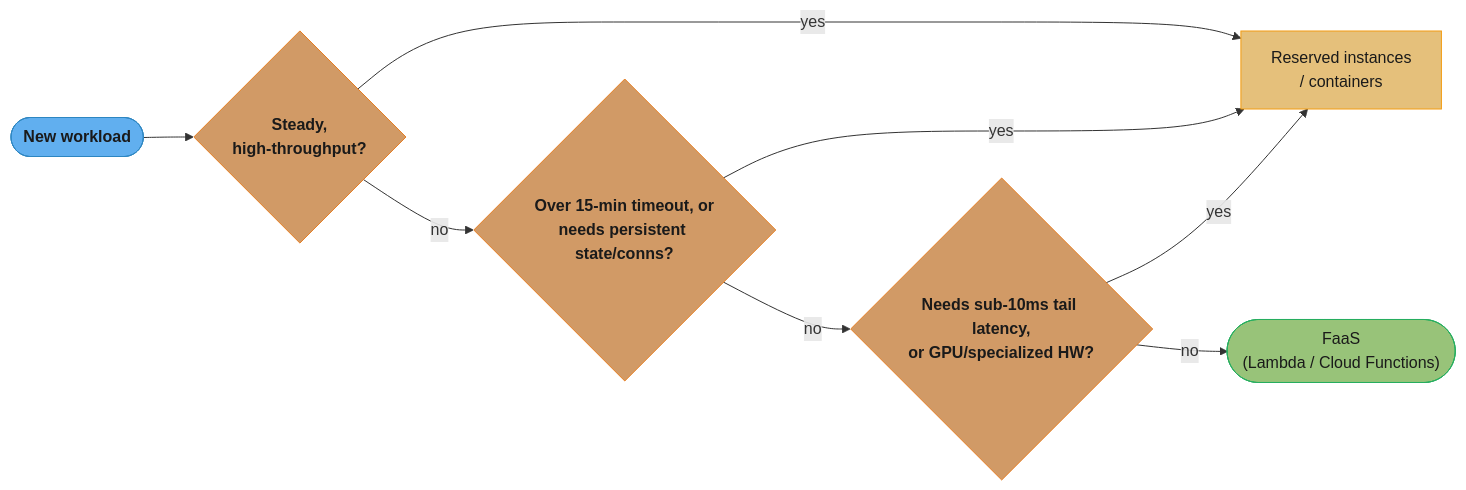
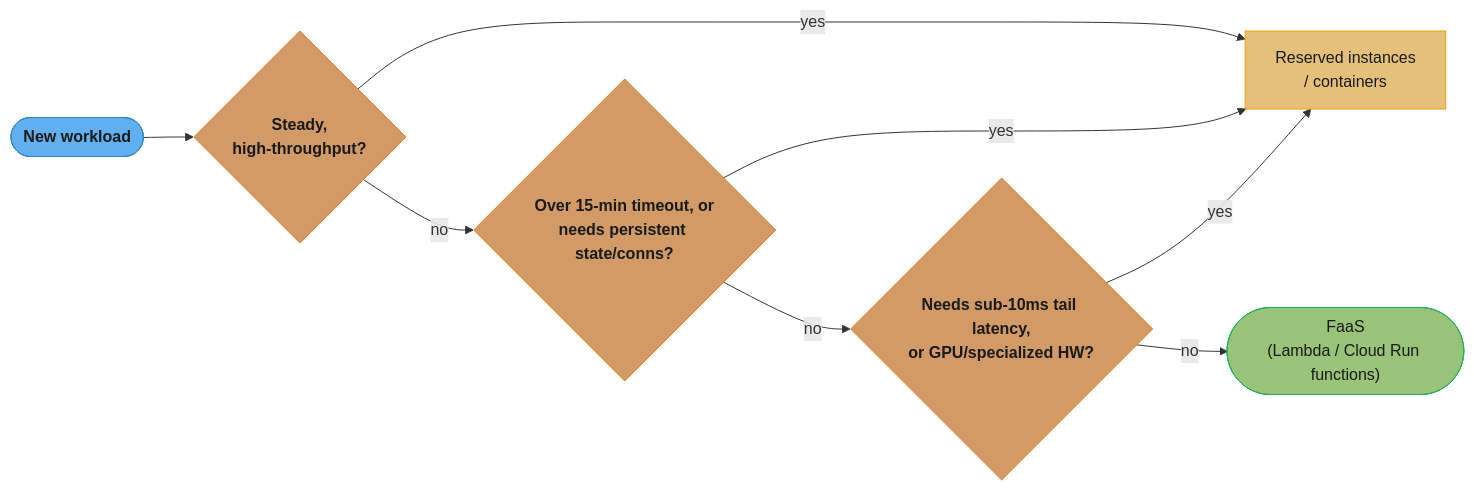
Before and after one commit to rppol/system-design: the fourth of 5 diagrams in src/main/java/com/rutik/systemdesign/devops/serverless_and_faas/serverless_and_faas.md, drawn with Mermaid. The commit also changed other lines of this file and 32 other files, not shown here.

````diff
--- a/src/main/java/com/rutik/systemdesign/devops/serverless_and_faas/serverless_and_faas.md
+++ b/src/main/java/com/rutik/systemdesign/devops/serverless_and_faas/serverless_and_faas.md
@@ -373,23 +373,23 @@
 ```mermaid
 flowchart LR
     classDef io      fill:#61afef,stroke:#2e86c1,color:#1a1a1a,font-weight:bold
     classDef frozen  fill:#c678dd,stroke:#9b59b6,color:#fff
     classDef train   fill:#98c379,stroke:#27ae60,color:#1a1a1a
     classDef mathOp  fill:#d19a66,stroke:#e67e22,color:#1a1a1a,font-weight:bold
     classDef lossN   fill:#e06c75,stroke:#c0392b,color:#fff,font-weight:bold
     classDef req     fill:#56b6c2,stroke:#0097a7,color:#1a1a1a
     classDef base    fill:#e5c07b,stroke:#f39c12,color:#1a1a1a
 
     start(["New workload"]) --> d1{"Steady,<br/>high-throughput?"}
     d1 -->|"yes"| containers["Reserved instances<br/>/ containers"]
     d1 -->|"no"| d2{"Over 15-min timeout, or<br/>needs persistent state/conns?"}
     d2 -->|"yes"| containers
     d2 -->|"no"| d3{"Needs sub-10ms tail latency,<br/>or GPU/specialized HW?"}
     d3 -->|"yes"| containers
-    d3 -->|"no"| faas(["FaaS<br/>(Lambda / Cloud Functions)"])
+    d3 -->|"no"| faas(["FaaS<br/>(Lambda / Cloud Run functions)"])
 
     class start io
     class d1,d2,d3 mathOp
     class containers base
     class faas train
 ```
````
